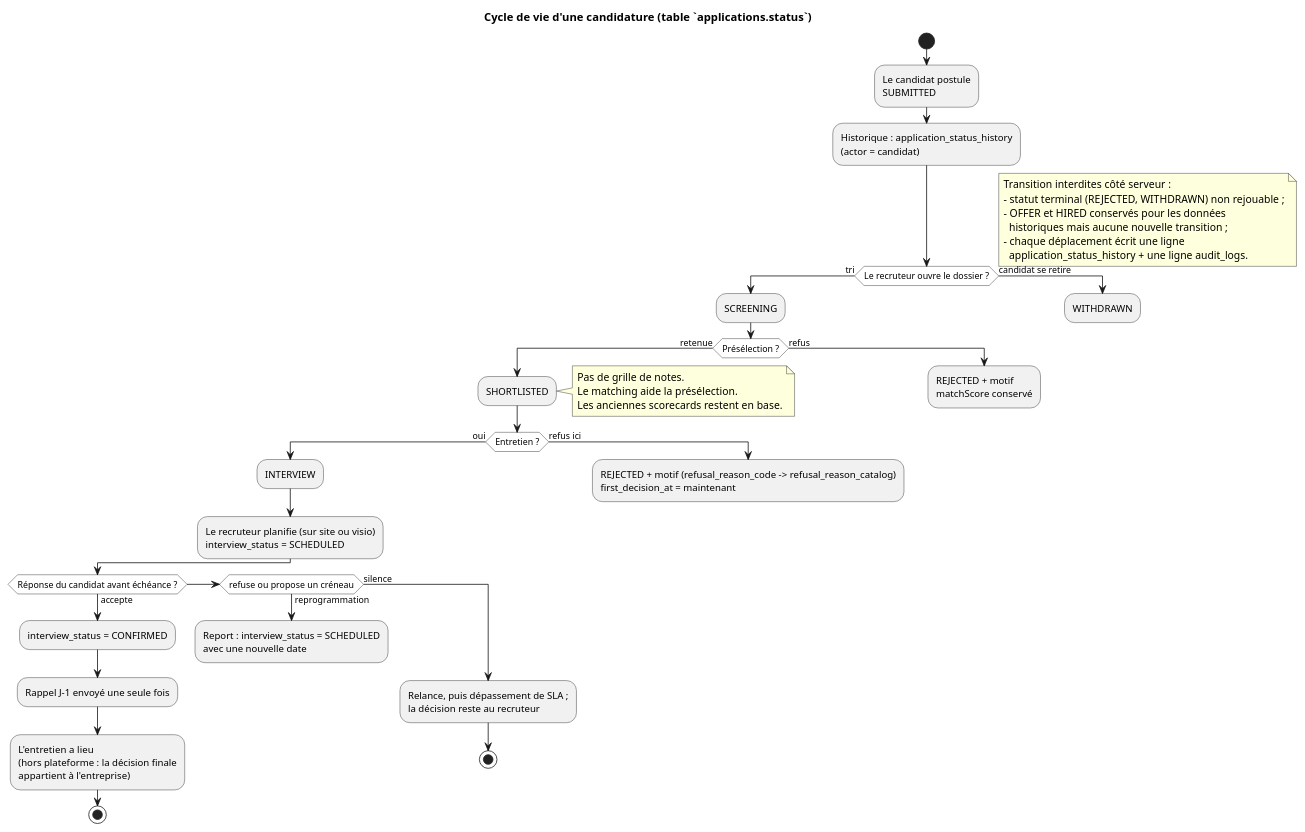
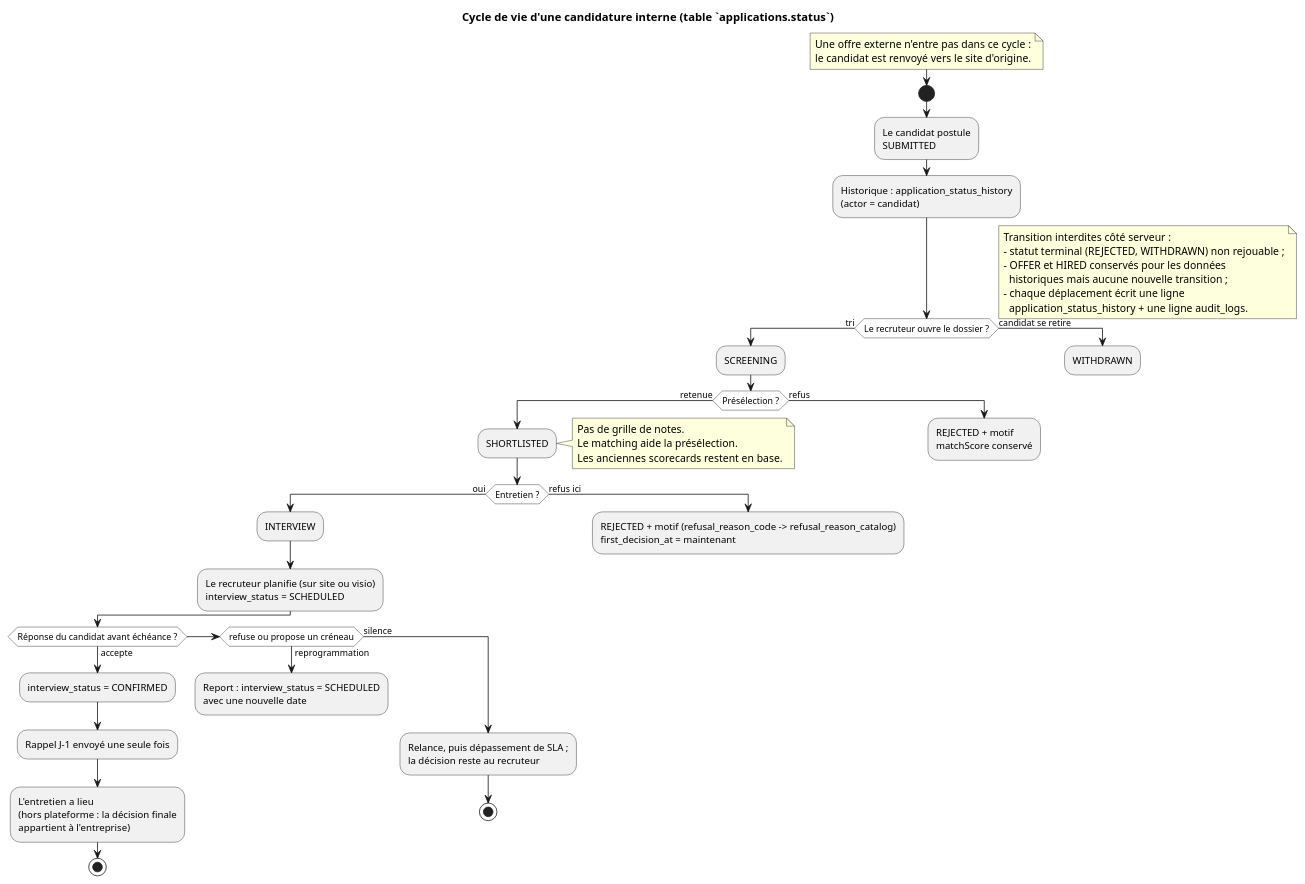
The diagram in docs/diagrammes/v5/06_activite_pipeline.puml (anadouae/HireLink), drawn with PlantUML before and after one commit. The commit also changed 11 other files, not shown here.

First line of the commit message:
docs: finalize installation guides and UML diagrams

```diff
--- a/docs/diagrammes/v5/06_activite_pipeline.puml
+++ b/docs/diagrammes/v5/06_activite_pipeline.puml
@@ -1,52 +1,56 @@
 @startuml activite_pipeline_v5
 skinparam ActivityDiamondBackgroundColor #FFFFFF
-title Cycle de vie d'une candidature (table `applications.status`)
+title Cycle de vie d'une candidature interne (table `applications.status`)
+note
+  Une offre externe n'entre pas dans ce cycle :
+  le candidat est renvoyé vers le site d'origine.
+end note
 
 start
 :Le candidat postule\nSUBMITTED;
 :Historique : application_status_history\n(actor = candidat);
 if (Le recruteur ouvre le dossier ?) then (tri)
   :SCREENING;
   if (Présélection ?) then (retenue)
     :SHORTLISTED;
     note right
       Pas de grille de notes.
       Le matching aide la présélection.
       Les anciennes scorecards restent en base.
     end note
     if (Entretien ?) then (oui)
       :INTERVIEW;
       :Le recruteur planifie (sur site ou visio)\ninterview_status = SCHEDULED;
       if (Réponse du candidat avant échéance ?) then (accepte)
         :interview_status = CONFIRMED;
         :Rappel J-1 envoyé une seule fois;
         :L'entretien a lieu\n(hors plateforme : la décision finale\nappartient à l'entreprise);
         stop
       elseif (refuse ou propose un créneau) then (reprogrammation)
         :Report : interview_status = SCHEDULED\navec une nouvelle date;
         detach
       else (silence)
         :Relance, puis dépassement de SLA ;\nla décision reste au recruteur;
         stop
       endif
     else (refus ici)
       :REJECTED + motif (refusal_reason_code -> refusal_reason_catalog)\nfirst_decision_at = maintenant;
       detach
     endif
   else (refus)
     :REJECTED + motif\nmatchScore conservé;
     detach
   endif
 else (candidat se retire)
   :WITHDRAWN;
   detach
 endif
 note right
   Transition interdites côté serveur :
   - statut terminal (REJECTED, WITHDRAWN) non rejouable ;
   - OFFER et HIRED conservés pour les données
     historiques mais aucune nouvelle transition ;
   - chaque déplacement écrit une ligne
     application_status_history + une ligne audit_logs.
 end note
 @enduml
```
